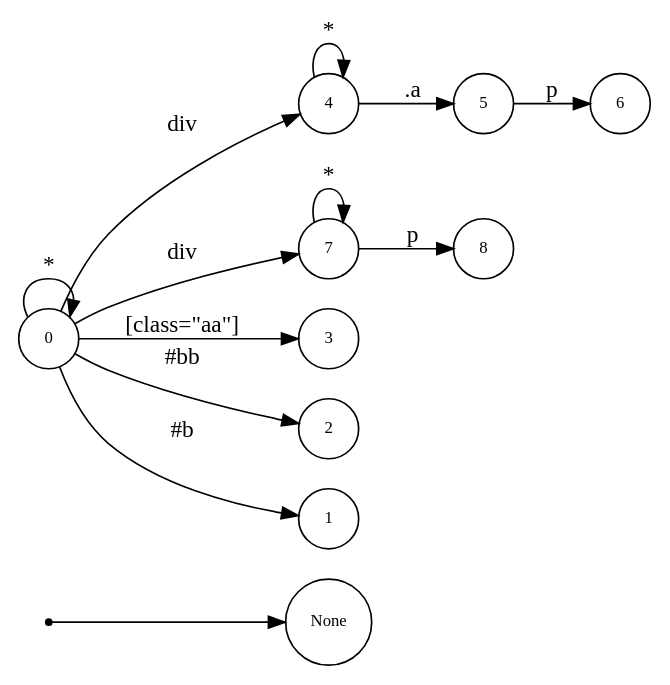
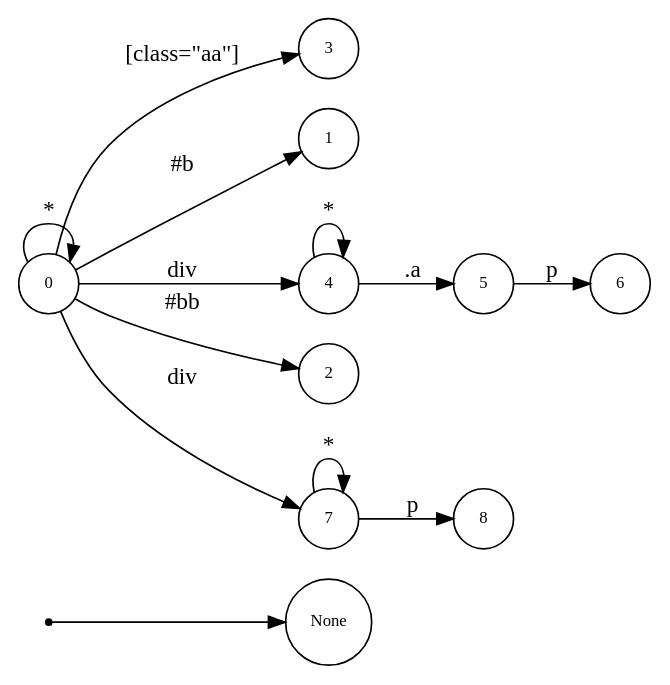
Before and after one commit to asukaminato0721/css-bitvector-compiler: the diagram in css-gen-op/testcase/dot_quad.dot, drawn with Graphviz. The commit also changed other lines of this file and 39 other files, not shown here.

```diff
--- a/css-gen-op/testcase/dot_quad.dot
+++ b/css-gen-op/testcase/dot_quad.dot
@@ -1,27 +1,27 @@
 digraph NFA {
   rankdir=LR;
   node [shape=circle, fontsize=10];
   __start [shape=point, label=""];
   __start -> None;
+  3 [label="3"];
+  1 [label="1"];
   4 [label="4"];
-  7 [label="7"];
   5 [label="5"];
-  3 [label="3"];
+  2 [label="2"];
+  8 [label="8"];
   6 [label="6"];
   0 [label="0"];
-  8 [label="8"];
-  2 [label="2"];
-  1 [label="1"];
+  7 [label="7"];
   { node [shape=doublecircle]; 1 2 3 6 8 }
   0 -> 0 [label="*"];
   0 -> 1 [label="#b"];
   0 -> 2 [label="#bb"];
   0 -> 3 [label="[class=\"aa\"]"];
   0 -> 4 [label="div"];
   4 -> 4 [label="*"];
   4 -> 5 [label=".a"];
   5 -> 6 [label="p"];
   0 -> 7 [label="div"];
   7 -> 7 [label="*"];
   7 -> 8 [label="p"];
 }
```
